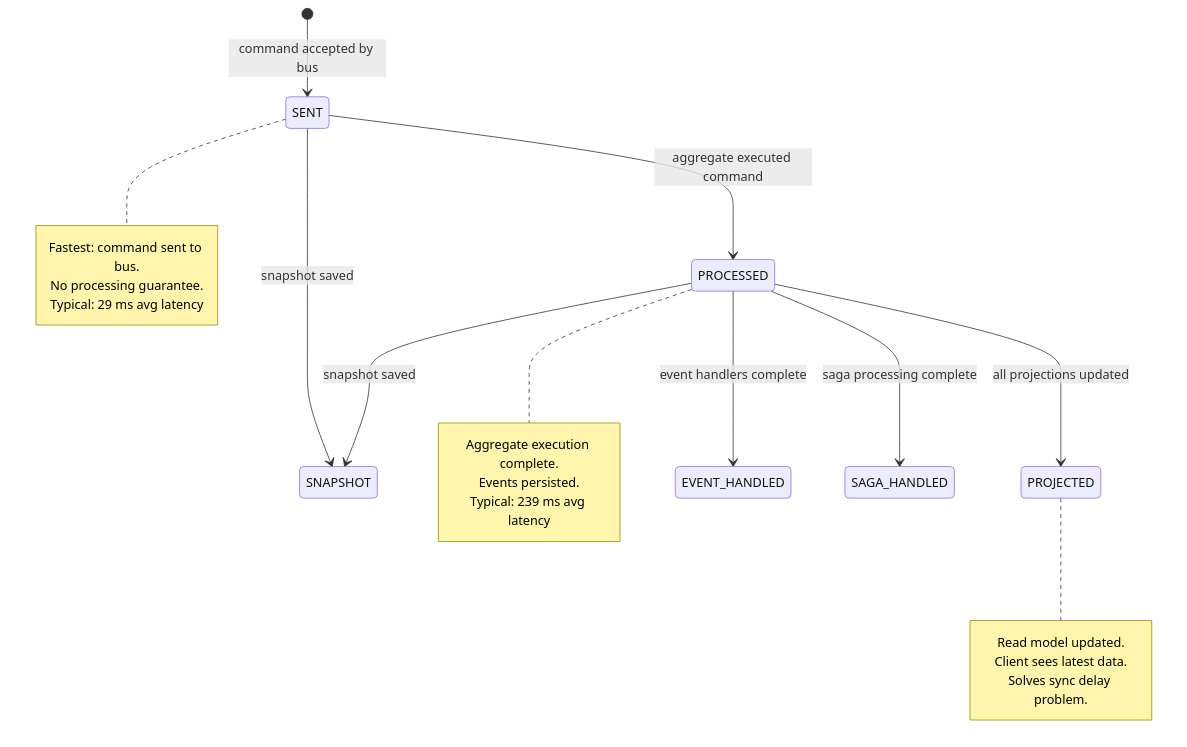
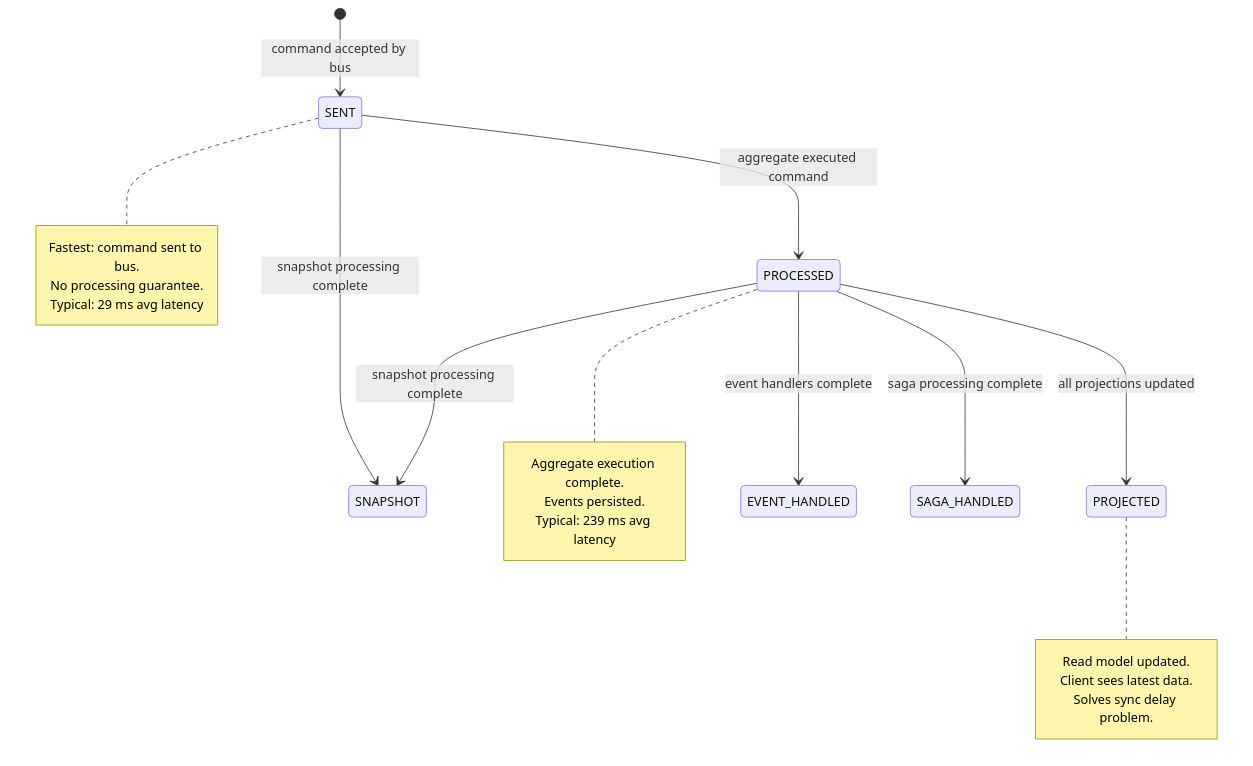
One commit to Ahoo-Wang/Wow changed the third of 6 diagrams in documentation/docs/en/guide/advanced/architecture.md. Above: the diagram before and after it, drawn with Mermaid. The commit also changed 40 other files, not shown here.

````diff
--- a/documentation/docs/en/guide/advanced/architecture.md
+++ b/documentation/docs/en/guide/advanced/architecture.md
@@ -195,29 +195,29 @@
 ```mermaid
 stateDiagram-v2
     [*] --> SENT : command accepted by bus
     SENT --> PROCESSED : aggregate executed command
-    SENT --> SNAPSHOT : snapshot saved
-    PROCESSED --> SNAPSHOT : snapshot saved
+    SENT --> SNAPSHOT : snapshot processing complete
+    PROCESSED --> SNAPSHOT : snapshot processing complete
     PROCESSED --> PROJECTED : all projections updated
     PROCESSED --> EVENT_HANDLED : event handlers complete
     PROCESSED --> SAGA_HANDLED : saga processing complete
 
     note right of SENT
         Fastest: command sent to bus.
         No processing guarantee.
         Typical: 29 ms avg latency
     end note
 
     note right of PROCESSED
         Aggregate execution complete.
         Events persisted.
         Typical: 239 ms avg latency
     end note
 
     note right of PROJECTED
         Read model updated.
         Client sees latest data.
         Solves sync delay problem.
     end note
 
 ```
````
